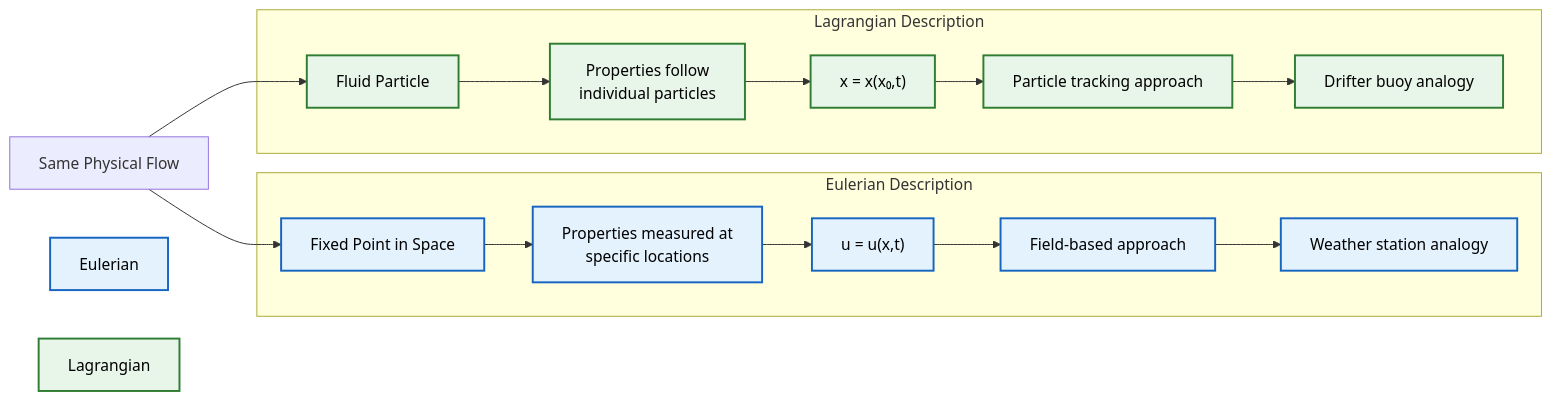
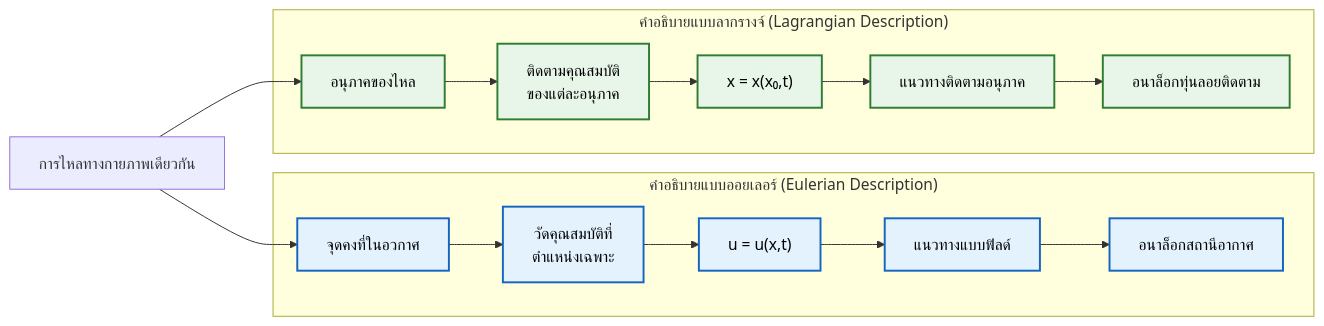
Before and after one commit to wramet/build-my-cfd: the sixth of 12 diagrams in MODULE_01_CFD_FUNDAMENTALS/lessons/01_fluid_mechanics_fundamentals.md, drawn with Mermaid. The commit also changed other lines of this file and 297 other files, not shown here.

Commit message:
Add explanation under mermaid diagram

````diff
--- a/MODULE_01_CFD_FUNDAMENTALS/lessons/01_fluid_mechanics_fundamentals.md
+++ b/MODULE_01_CFD_FUNDAMENTALS/lessons/01_fluid_mechanics_fundamentals.md
@@ -373,26 +388,24 @@
 ```mermaid
 graph LR
-    subgraph "Eulerian Description"
-        A["Fixed Point in Space"] --> B["Properties measured at<br/>specific locations"]
+    subgraph "คำอธิบายแบบออยเลอร์ (Eulerian Description)"
+        A["จุดคงที่ในอวกาศ"] --> B["วัดคุณสมบัติที่<br/>ตำแหน่งเฉพาะ"]
         B --> C["u = u(x,t)"]
-        C --> D["Field-based approach"]
-        D --> E["Weather station analogy"]
+        C --> D["แนวทางแบบฟิลด์"]
+        D --> E["อนาล็อกสถานีอากาศ"]
     end
-    
-    subgraph "Lagrangian Description"
-        F["Fluid Particle"] --> G["Properties follow<br/>individual particles"]
+
+    subgraph "คำอธิบายแบบลากรางจ์ (Lagrangian Description)"
+        F["อนุภาคของไหล"] --> G["ติดตามคุณสมบัติ<br/>ของแต่ละอนุภาค"]
         G --> H["x = x(x₀,t)"]
-        H --> I["Particle tracking approach"]
-        I --> J["Drifter buoy analogy"]
+        H --> I["แนวทางติดตามอนุภาค"]
+        I --> J["อนาล็อกทุ่นลอยติดตาม"]
     end
-    
-    K["Same Physical Flow"] --> A
+
+    K["การไหลทางกายภาพเดียวกัน"] --> A
     K --> F
-    
-    style Eulerian fill:#e3f2fd,stroke:#1565c0,stroke-width:2px,color:#000;
-    style Lagrangian fill:#e8f5e9,stroke:#2e7d32,stroke-width:2px,color:#000;
+
     classDef eulerian fill:#e3f2fd,stroke:#1565c0,stroke-width:2px,color:#000;
     classDef lagrangian fill:#e8f5e9,stroke:#2e7d32,stroke-width:2px,color:#000;
     class A,B,C,D,E eulerian;
     class F,G,H,I,J lagrangian;
 ```
````
